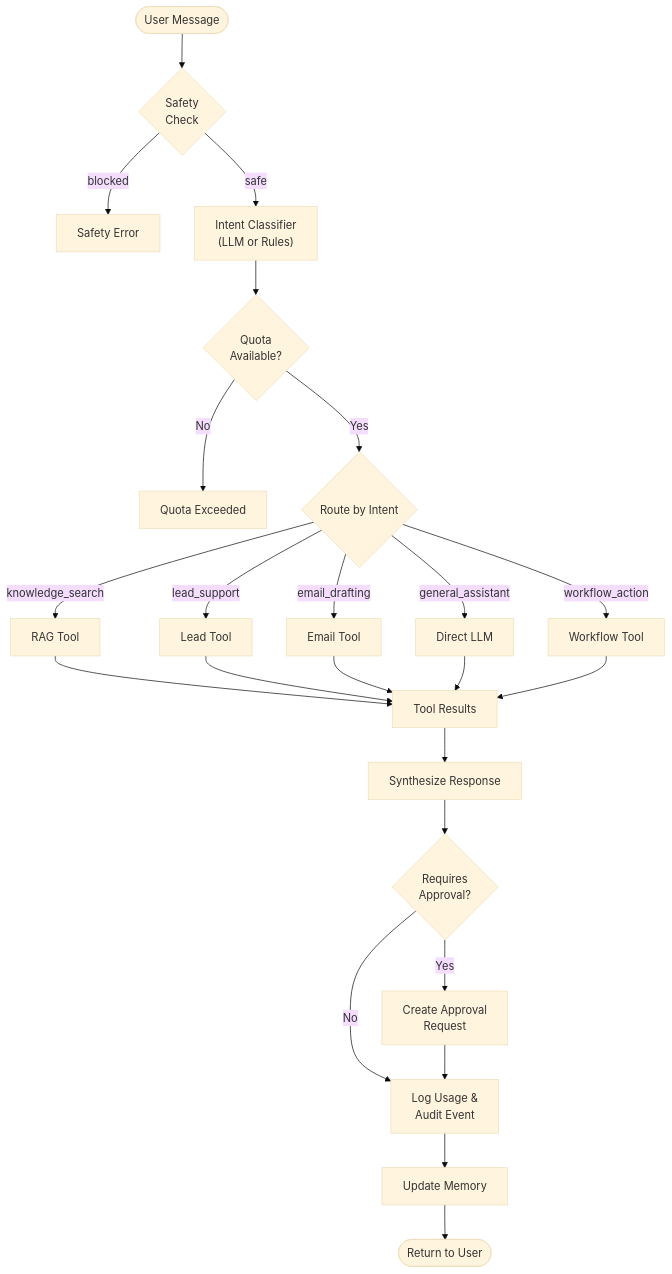
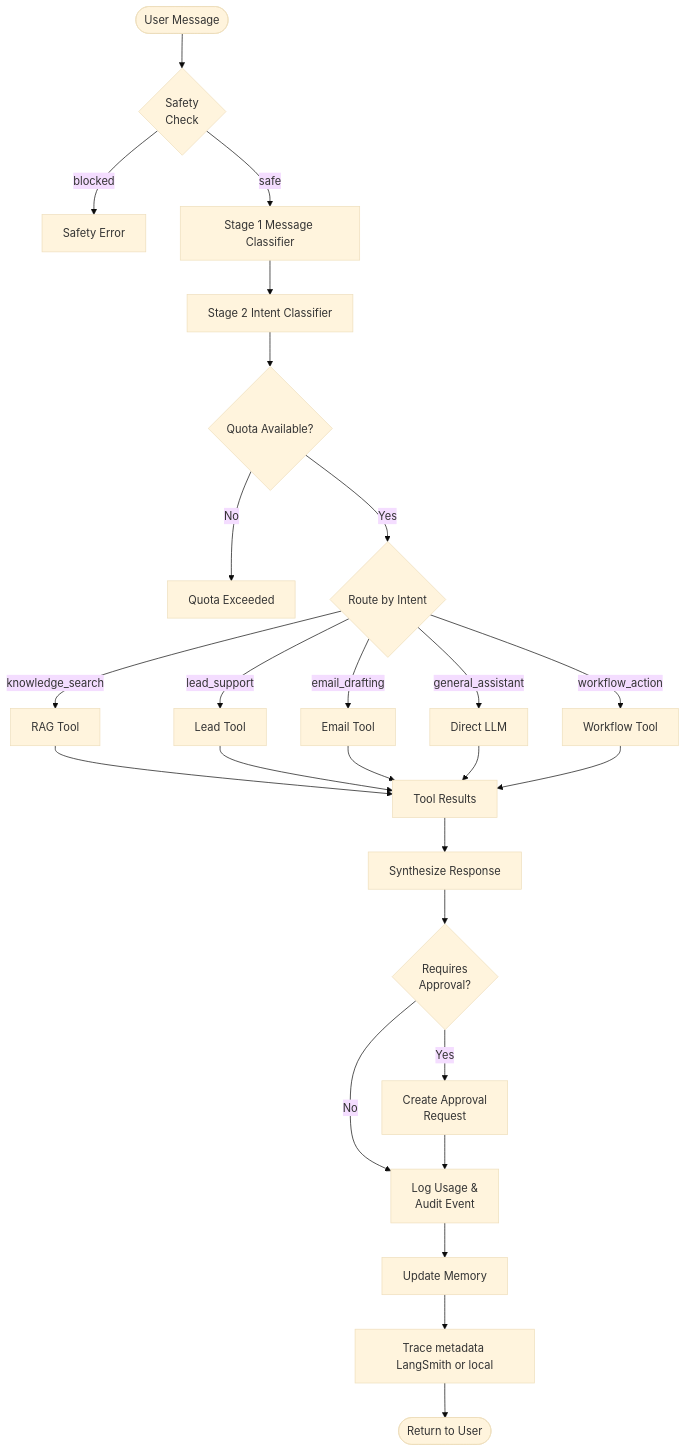
Before and after one commit to Fejjii/OnePilot-AI: the sixth of 6 diagrams in docs/architecture.md, drawn with Mermaid (base theme). The commit also changed other lines of this file and 53 other files, not shown here.

````diff
--- a/docs/architecture.md
+++ b/docs/architecture.md
@@ -160,32 +161,33 @@
 ```mermaid
 flowchart TD
     Start([User Message]) --> Safety{Safety<br/>Check}
     Safety -->|blocked| SafetyError[Safety Error]
-    Safety -->|safe| IntentClassifier["Intent Classifier<br/>(LLM or Rules)"]
-    
-    IntentClassifier --> QuotaCheck{"Quota<br/>Available?"}
+    Safety -->|safe| MessageClass["Stage 1 Message Classifier"]
+    MessageClass --> IntentClassifier["Stage 2 Intent Classifier"]
+    IntentClassifier --> QuotaCheck{"Quota Available?"}
     QuotaCheck -->|No| QuotaError[Quota Exceeded]
     QuotaCheck -->|Yes| Route{Route by Intent}
     
     Route -->|knowledge_search| RAG["RAG Tool"]
     Route -->|lead_support| LeadTool["Lead Tool"]
     Route -->|email_drafting| EmailTool["Email Tool"]
     Route -->|general_assistant| LLM["Direct LLM"]
     Route -->|workflow_action| WorkflowTool["Workflow Tool"]
     
     RAG --> ToolResult["Tool Results"]
     LeadTool --> ToolResult
     EmailTool --> ToolResult
     LLM --> ToolResult
     WorkflowTool --> ToolResult
     
     ToolResult --> Synthesize["Synthesize Response"]
     Synthesize --> ApprovalCheck{"Requires<br/>Approval?"}
     
     ApprovalCheck -->|Yes| CreateApproval["Create Approval<br/>Request"]
     ApprovalCheck -->|No| LogUsage["Log Usage &<br/>Audit Event"]
     CreateApproval --> LogUsage
     
     LogUsage --> UpdateMemory["Update Memory"]
-    UpdateMemory --> Done([Return to User])
+    UpdateMemory --> TraceMeta["Trace metadata LangSmith or local"]
+    TraceMeta --> Done([Return to User])
 ```
````
